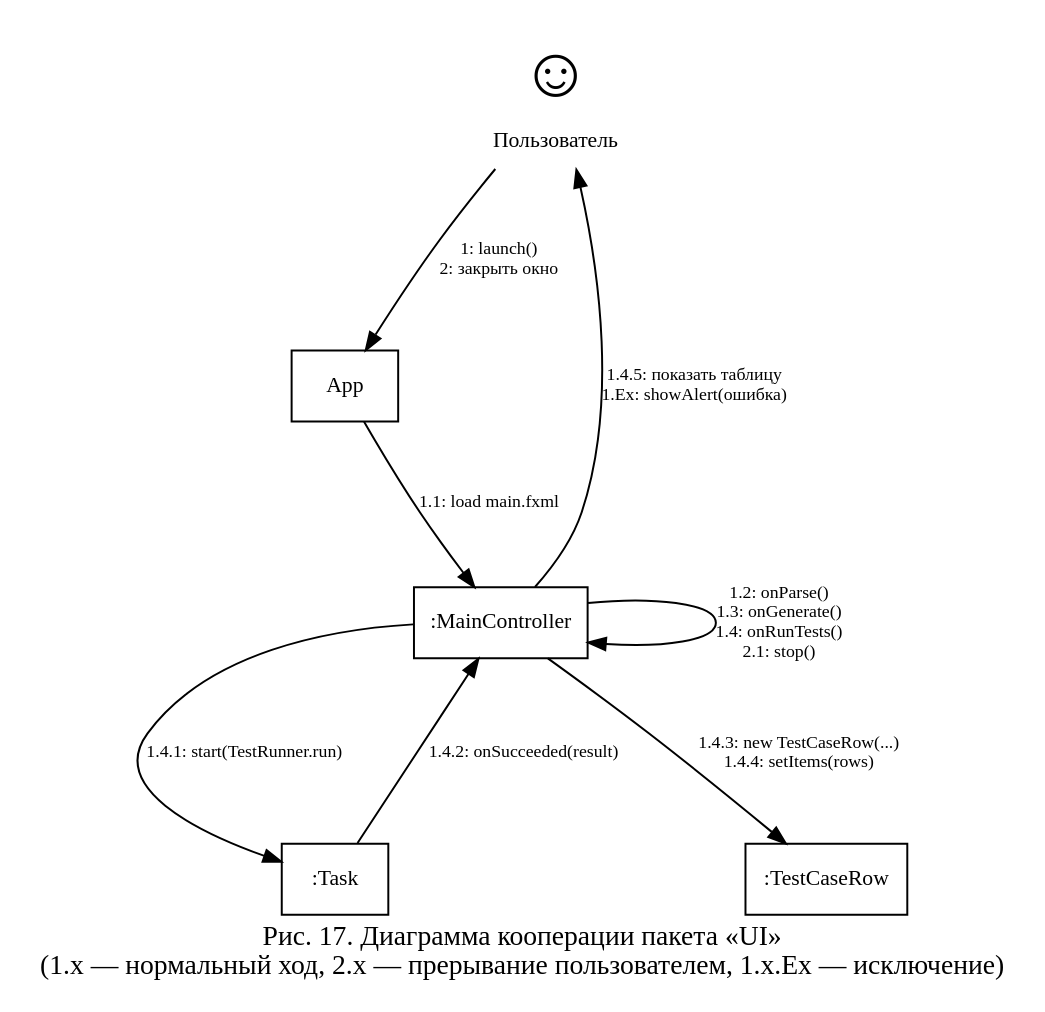
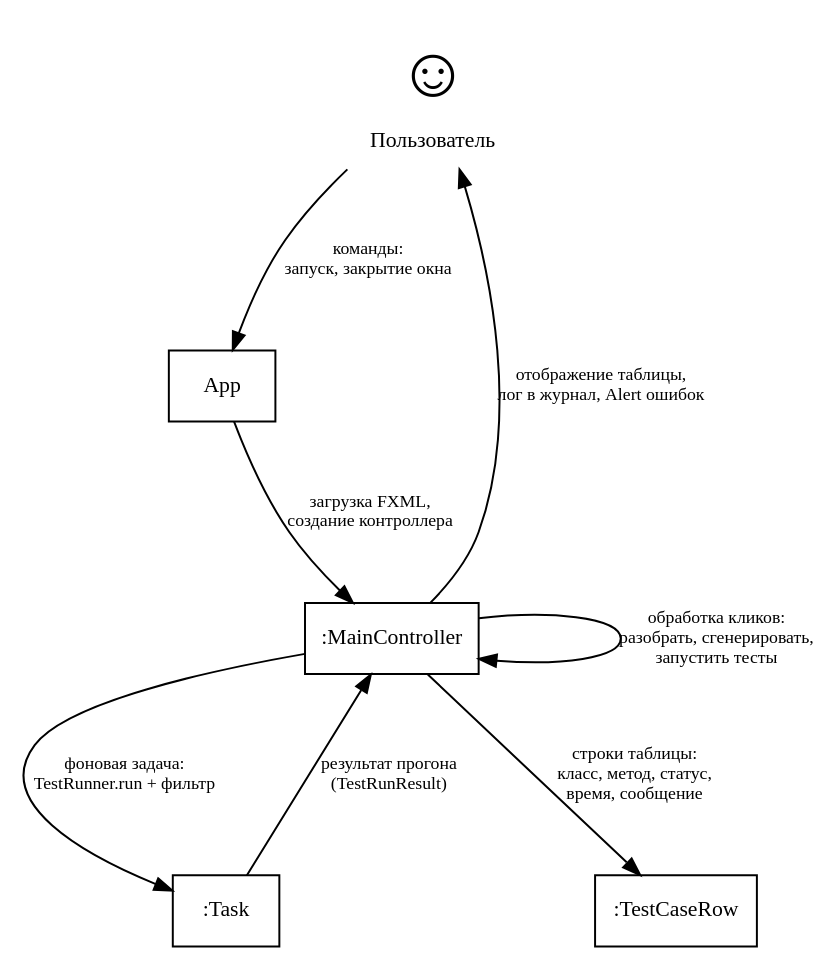
Before and after one commit to nastolbov/AutoTestGeneratorUpdate: the diagram in diagrams/coop_ui.dot, drawn with Graphviz. The commit also changed 25 other files, not shown here.

```diff
--- a/diagrams/coop_ui.dot
+++ b/diagrams/coop_ui.dot
@@ -1,21 +1,20 @@
 digraph CoopUI {
-    rankdir=TB; fontname="Liberation Serif"; fontsize=14;
-    label="Рис. 17. Диаграмма кооперации пакета «UI»\n(1.x — нормальный ход, 2.x — прерывание пользователем, 1.x.Ex — исключение)"; labelloc=b;
-    nodesep=0.9; ranksep=1.0;
+    rankdir=TB; fontname="Liberation Serif";
+    nodesep=1.0; ranksep=1.0;
     node [fontname="Liberation Serif", fontsize=11, shape=box, style=filled, fillcolor=white];
     edge [color=black, fontname="Liberation Serif", fontsize=9, arrowsize=0.9];
 
-    User    [shape=none, label=<<TABLE BORDER="0"><TR><TD><FONT POINT-SIZE="36">&#9786;</FONT></TD></TR><TR><TD>Пользователь</TD></TR></TABLE>>];
-    App     [label="App"];
-    MC      [label=":MainController"];
-    Task    [label=":Task"];
-    Row     [label=":TestCaseRow"];
+    User [shape=none, label=<<TABLE BORDER="0"><TR><TD><FONT POINT-SIZE="36">&#9786;</FONT></TD></TR><TR><TD>Пользователь</TD></TR></TABLE>>];
+    App  [label="App"];
+    MC   [label=":MainController"];
+    Task [label=":Task"];
+    Row  [label=":TestCaseRow"];
 
-    User -> App [label="1: launch()\n2: закрыть окно"];
-    App  -> MC  [label="1.1: load main.fxml"];
-    MC   -> MC  [label="1.2: onParse()\n1.3: onGenerate()\n1.4: onRunTests()\n2.1: stop()"];
-    MC   -> Task [label="1.4.1: start(TestRunner.run)"];
-    Task -> MC  [label="1.4.2: onSucceeded(result)"];
-    MC   -> Row [label="1.4.3: new TestCaseRow(...)\n1.4.4: setItems(rows)"];
-    MC   -> User [label="1.4.5: показать таблицу\n1.Ex: showAlert(ошибка)"];
+    User -> App  [label="команды:\nзапуск, закрытие окна"];
+    App  -> MC   [label="загрузка FXML,\nсоздание контроллера"];
+    MC   -> MC   [label="обработка кликов:\nразобрать, сгенерировать,\nзапустить тесты"];
+    MC   -> Task [label="фоновая задача:\nTestRunner.run + фильтр"];
+    Task -> MC   [label="результат прогона\n(TestRunResult)"];
+    MC   -> Row  [label="строки таблицы:\nкласс, метод, статус,\nвремя, сообщение"];
+    MC   -> User [label="отображение таблицы,\nлог в журнал, Alert ошибок"];
 }
```
